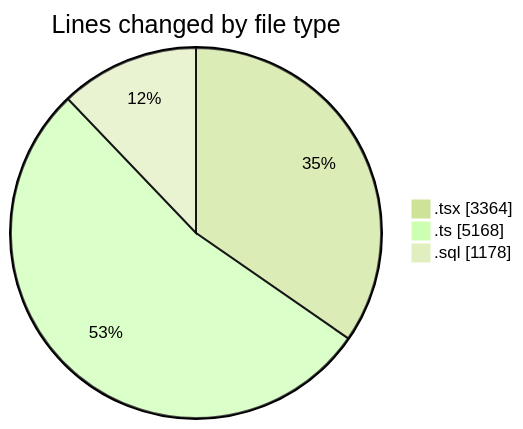
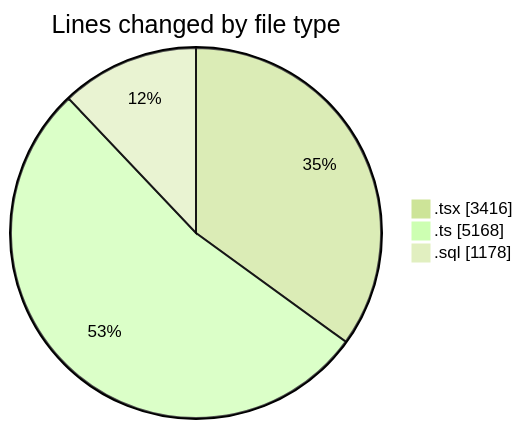
One commit to lephambinh05/code-tracking changed the first of 2 diagrams in 2025-09-05/hiai-phf/README.md. Above: the diagram before and after it, drawn with Mermaid (forest theme). The commit also changed other lines of this file and 1 other file, not shown here.

````diff
--- a/2025-09-05/hiai-phf/README.md
+++ b/2025-09-05/hiai-phf/README.md
@@ -77,7 +79,7 @@
 ```mermaid
 pie showData
 title Lines changed by file type
-".tsx" : 3364
+".tsx" : 3416
 ".ts" : 5168
 ".sql" : 1178
 ```
````
